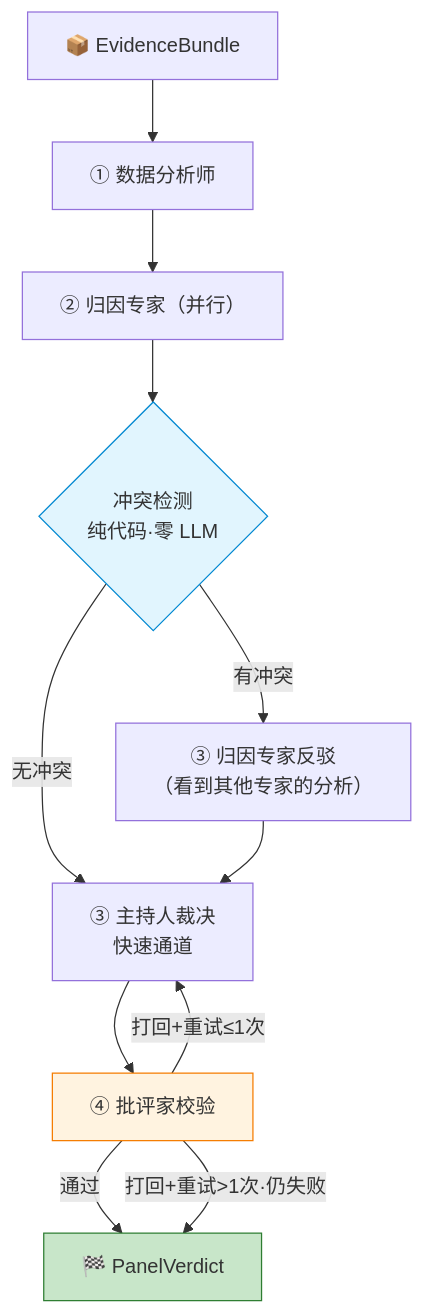
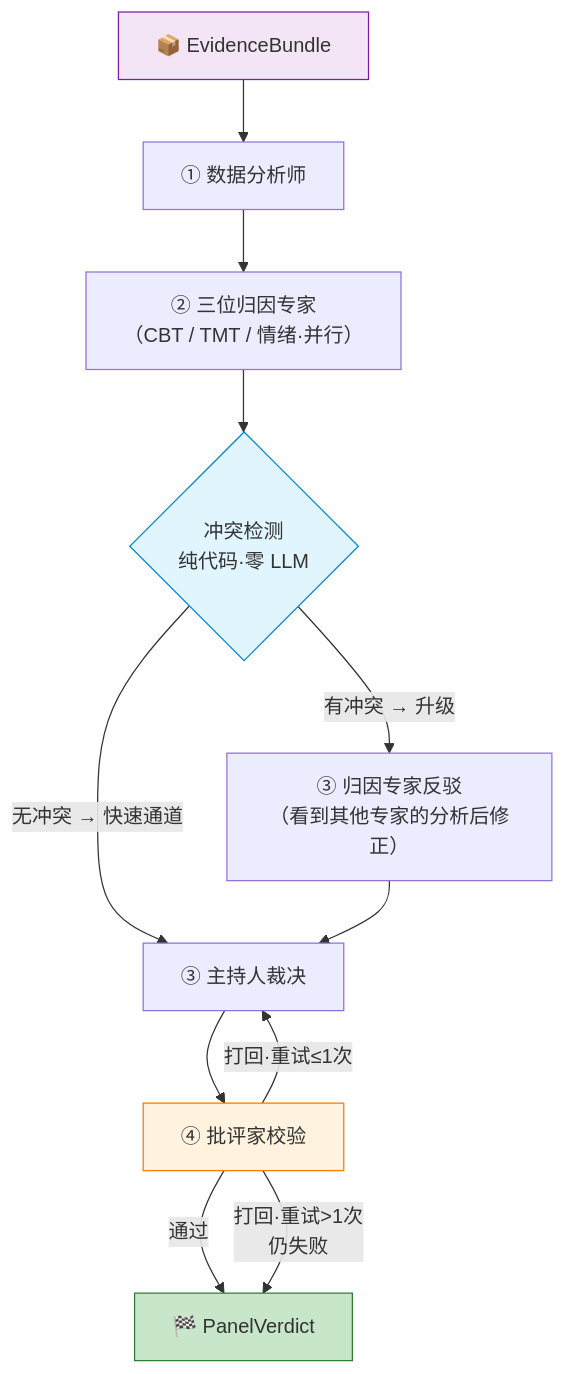
One commit to Redmoon-2333/MindFlow changed the second of 7 diagrams in docs/handbook/ch5-multiagent-langchain.md. Above: the diagram before and after it, drawn with Mermaid. The commit also changed other lines of this file and 7 other files, not shown here.

First line of the commit message:
docs(handbook): polish pass — 40 Mermaid diagrams, simplified language, expanded explanations

````diff
--- a/docs/handbook/ch5-multiagent-langchain.md
+++ b/docs/handbook/ch5-multiagent-langchain.md
@@ -220,19 +245,20 @@
 ```mermaid
 flowchart TD
     A["📦 EvidenceBundle"] --> B["① 数据分析师"]
-    B --> C["② 归因专家（并行）"]
+    B --> C["② 三位归因专家<br>（CBT / TMT / 情绪·并行）"]
     
     C --> D{"冲突检测<br>纯代码·零 LLM"}
-    D -->|"无冲突"| E["③ 主持人裁决<br>快速通道"]
-    D -->|"有冲突"| F["③ 归因专家反驳<br>（看到其他专家的分析）"]
+    D -->|"无冲突 → 快速通道"| E["③ 主持人裁决"]
+    D -->|"有冲突 → 升级"| F["③ 归因专家反驳<br>（看到其他专家的分析后修正）"]
     F --> E
     
     E --> G["④ 批评家校验"]
     G -->|"通过"| H["🏁 PanelVerdict"]
-    G -->|"打回+重试≤1次"| E
-    G -->|"打回+重试>1次·仍失败"| H
+    G -->|"打回·重试≤1次"| E
+    G -->|"打回·重试>1次<br>仍失败"| H
     
+    style A fill:#f3e5f5,stroke:#7b1fa2
     style D fill:#e1f5fe,stroke:#0288d1
     style H fill:#c8e6c9,stroke:#2e7d32
     style G fill:#fff3e0,stroke:#f57c00
 ```
````
